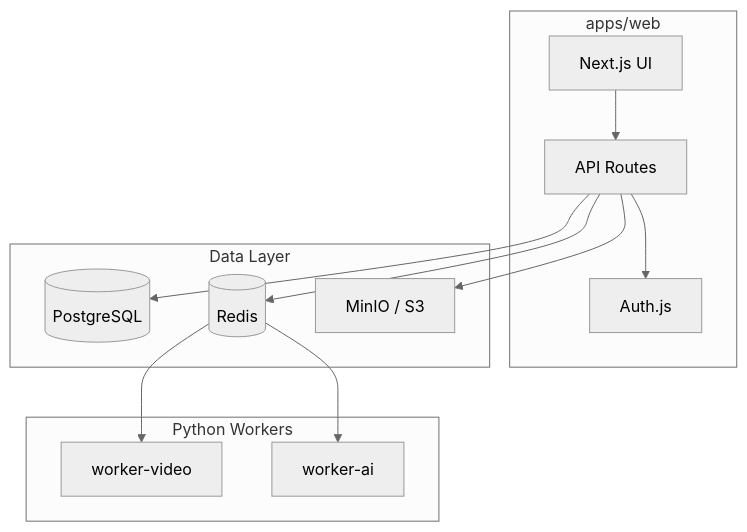
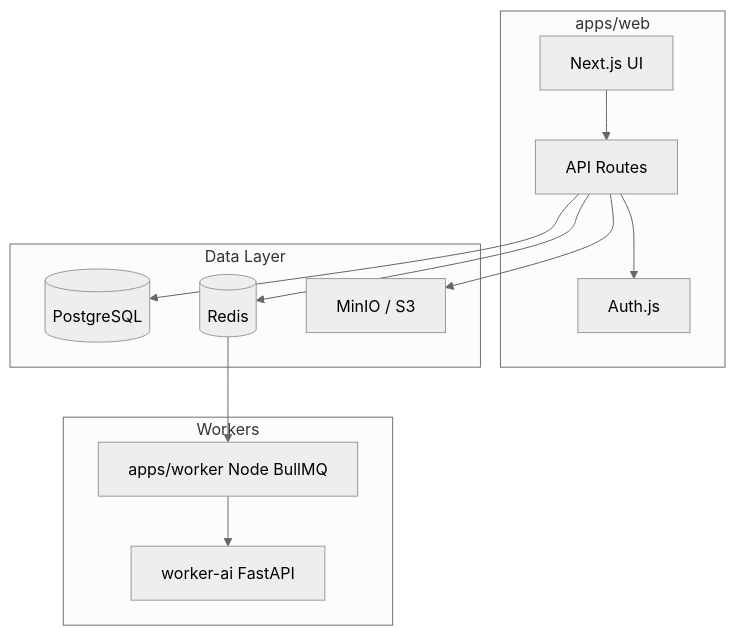
One commit to MantisWare/ClipForge changed the diagram in README.md. Above: the diagram before and after it, drawn with Mermaid (neutral theme). The commit also changed other lines of this file and 54 other files, not shown here.

````diff
--- a/README.md
+++ b/README.md
@@ -9,24 +9,24 @@
 ```mermaid
 flowchart TB
   subgraph web [apps/web]
     UI[Next.js UI]
     API[API Routes]
     Auth[Auth.js]
   end
   subgraph data [Data Layer]
     PG[(PostgreSQL)]
     Redis[(Redis)]
     S3[MinIO / S3]
   end
-  subgraph workers [Python Workers]
-    WV[worker-video]
-    WA[worker-ai]
+  subgraph workers [Workers]
+    NW[apps/worker Node BullMQ]
+    WA[worker-ai FastAPI]
   end
   UI --> API
   API --> Auth
   API --> PG
   API --> Redis
   API --> S3
-  Redis --> WV
-  Redis --> WA
+  Redis --> NW
+  NW --> WA
 ```
````
